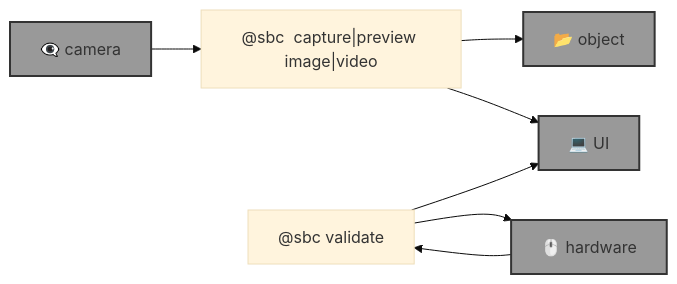
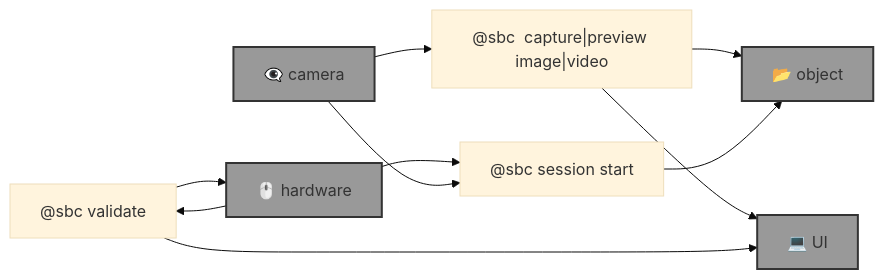
The diagram in template.md (kamangir/eye), drawn with Mermaid (base theme) before and after one commit. The commit also changed 11 other files, not shown here.

````diff
--- a/template.md
+++ b/template.md
@@ -11,21 +11,27 @@
 ```mermaid
 graph LR
     camera["@sbc <camera> capture|preview image|video"]
 
     hardware_validate["@sbc <hardware> validate <options>"]
+
+    session_start["@sbc session start"]
 
     object["📂 object"]:::folder
     camera_hardware["👁️‍🗨️ camera"]:::folder
     hardware["🖱️ hardware"]:::folder
     UI["💻 UI"]:::folder
 
     camera_hardware --> camera
     camera --> object
     camera --> UI
 
     hardware --> hardware_validate
     hardware_validate --> hardware
     hardware_validate --> UI
 
+    hardware --> session_start
+    camera_hardware --> session_start
+    session_start --> object
+
     classDef folder fill:#999,stroke:#333,stroke-width:2px;
 ```
````
